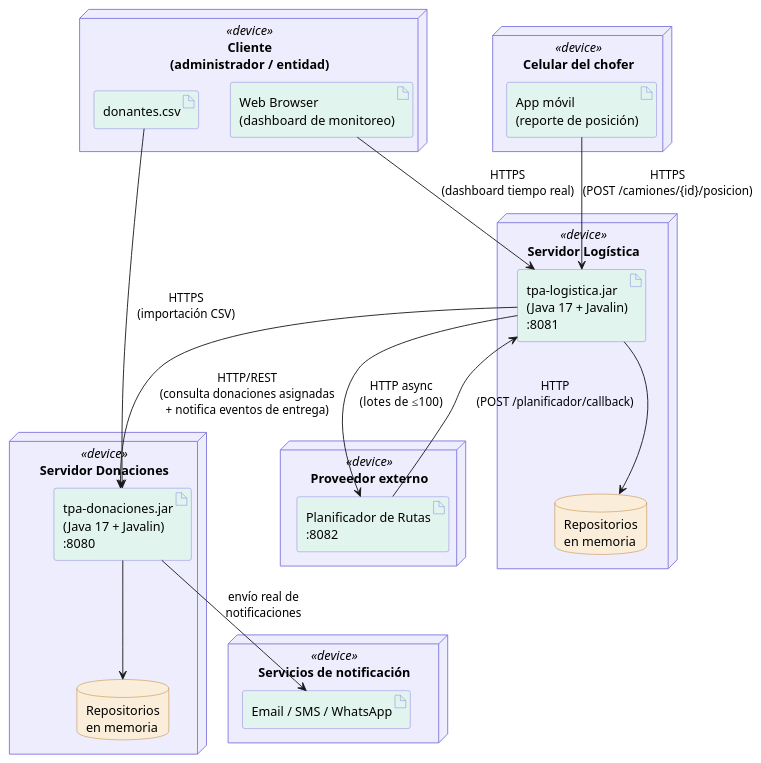
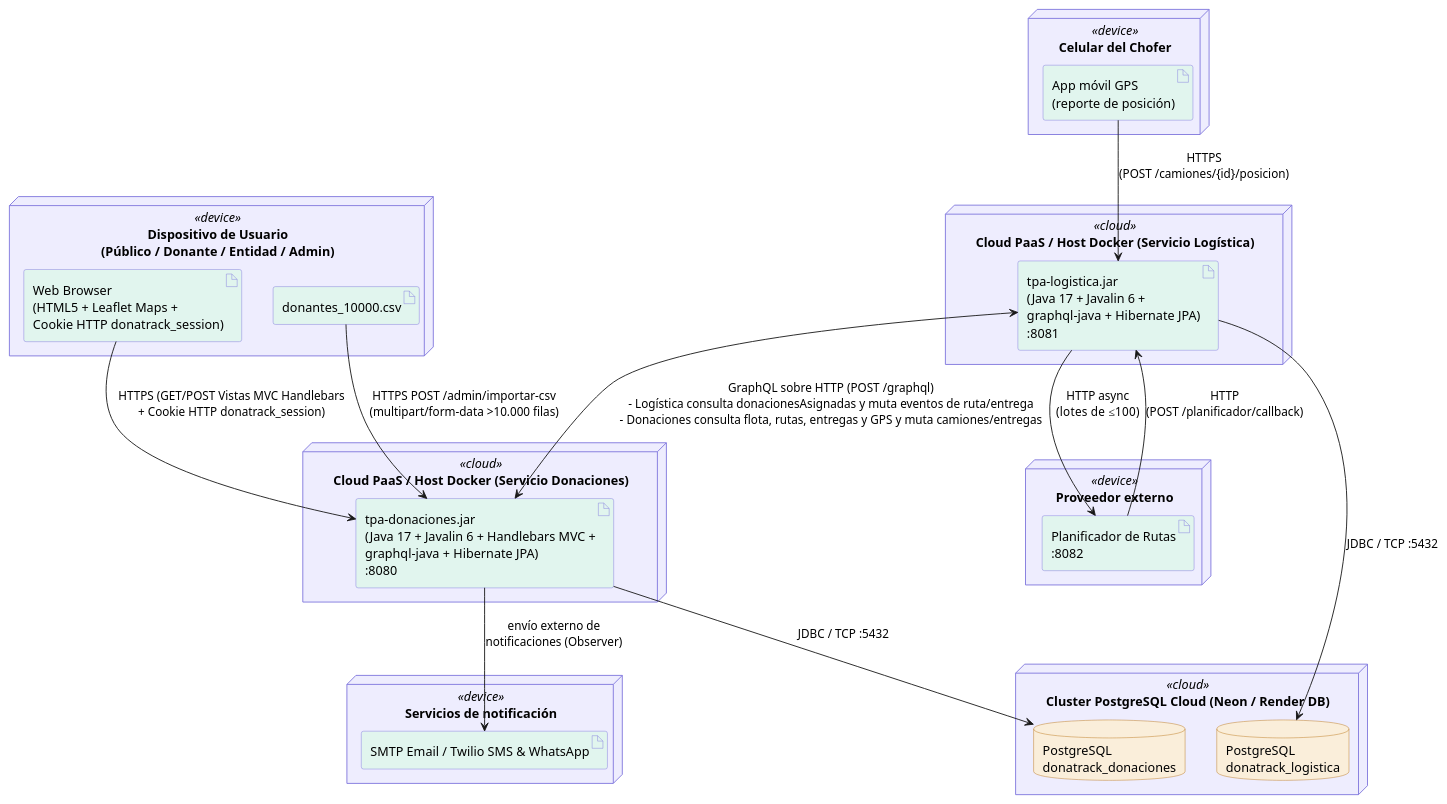
One commit to ConstanzaSerra/tpa-entrega-1 changed the diagram in docs/diagrama-despliegue.puml. Above: the diagram before and after it, drawn with PlantUML. The commit also changed 64 other files, not shown here.

```diff
--- a/docs/diagrama-despliegue.puml
+++ b/docs/diagrama-despliegue.puml
@@ -1,75 +1,79 @@
 @startuml DonaTrack_Despliegue
 
-' Diagrama de despliegue - TPA2 DonaTrack
-' Refleja la division en DOS microservicios independientes (enunciado TPA2:
-' "se solicita que se divida al sistema en, inicialmente, dos microservicios",
-' integracion via HTTP/REST). Cada servidor corre un proyecto Maven autocontenido.
+' Diagrama de despliegue - TPA4 DonaTrack (Presentación, GraphQL y Despliegue Cloud)
+' Refleja:
+' 1. Cliente Liviano MVC con motor de plantillas Handlebars y Cookies HTTP en Donaciones (:8080)
+' 2. Reemplazo de HTTP/REST por GraphQL (POST /graphql) para la integración entre Donaciones y Logística
+' 3. Persistencia relacional PostgreSQL independiente por microservicio (Database-per-Service)
+' 4. Despliegue en contenedores Docker / PaaS Cloud (Render / Railway + Neon PostgreSQL)
 
 skinparam backgroundColor #FFFFFF
 skinparam node {
  BackgroundColor #EEEDFE
  BorderColor #7F77DD
  FontColor #000000
 }
 skinparam artifact {
  BackgroundColor #E1F5EE
  BorderColor #7F77DD
  FontColor #000000
 }
 skinparam database {
  BackgroundColor #FAEEDA
  BorderColor #BA7517
  FontColor #000000
 }
 skinparam note {
  BackgroundColor #FFF9E6
  BorderColor #BA7517
 }
 
 ' --- Actores / dispositivos externos ---
-node "Cliente\n(administrador / entidad)" <<device>> {
- artifact "Web Browser\n(dashboard de monitoreo)" as browser
- artifact "donantes.csv" as csv
+node "Dispositivo de Usuario\n(Público / Donante / Entidad / Admin)" <<device>> {
+ artifact "Web Browser\n(HTML5 + Leaflet Maps +\nCookie HTTP donatrack_session)" as browser
+ artifact "donantes_10000.csv" as csv
 }
 
-node "Celular del chofer" <<device>> {
- artifact "App móvil\n(reporte de posición)" as appMovil
+node "Celular del Chofer" <<device>> {
+ artifact "App móvil GPS\n(reporte de posición)" as appMovil
 }
 
-' --- Microservicio 1 ---
-node "Servidor Donaciones" <<device>> {
- artifact "tpa-donaciones.jar\n(Java 17 + Javalin)\n:8080" as donaciones
- database "Repositorios\nen memoria" as dbDonaciones
+' --- Nube / Entorno Contenerizado (Render / Railway / Docker) ---
+node "Cloud PaaS / Host Docker (Servicio Donaciones)" <<cloud>> {
+ artifact "tpa-donaciones.jar\n(Java 17 + Javalin 6 + Handlebars MVC +\ngraphql-java + Hibernate JPA)\n:8080" as donaciones
 }
 
-' --- Microservicio 2 ---
-node "Servidor Logística" <<device>> {
- artifact "tpa-logistica.jar\n(Java 17 + Javalin)\n:8081" as logistica
- database "Repositorios\nen memoria" as dbLogistica
+node "Cloud PaaS / Host Docker (Servicio Logística)" <<cloud>> {
+ artifact "tpa-logistica.jar\n(Java 17 + Javalin 6 +\ngraphql-java + Hibernate JPA)\n:8081" as logistica
+}
+
+node "Cluster PostgreSQL Cloud (Neon / Render DB)" <<cloud>> {
+ database "PostgreSQL\ndonatrack_donaciones" as dbDonaciones
+ database "PostgreSQL\ndonatrack_logistica" as dbLogistica
 }
 
 ' --- Terceros ---
 node "Proveedor externo" <<device>> {
  artifact "Planificador de Rutas\n:8082" as planificador
 }
 
 node "Servicios de notificación" <<device>> {
- artifact "Email / SMS / WhatsApp" as canales
+ artifact "SMTP Email / Twilio SMS & WhatsApp" as canales
 }
 
-
 ' --- Conexiones ---
-csv      --> donaciones  : HTTPS\n(importación CSV)
-browser  --> logistica   : HTTPS\n(dashboard tiempo real)
+browser  --> donaciones  : HTTPS (GET/POST Vistas MVC Handlebars\n+ Cookie HTTP donatrack_session)
+csv      --> donaciones  : HTTPS POST /admin/importar-csv\n(multipart/form-data >10.000 filas)
 appMovil --> logistica   : HTTPS\n(POST /camiones/{id}/posicion)
 
-logistica --> donaciones  : HTTP/REST\n(consulta donaciones asignadas\n+ notifica eventos de entrega)
+logistica <--> donaciones : GraphQL sobre HTTP (POST /graphql)\n- Logística consulta donacionesAsignadas y muta eventos de ruta/entrega\n- Donaciones consulta flota, rutas, entregas y GPS y muta camiones/entregas
+
 logistica --> planificador : HTTP async\n(lotes de ≤100)
 planificador --> logistica : HTTP\n(POST /planificador/callback)
 
-donaciones --> canales : envío real de\nnotificaciones
+donaciones --> canales : envío externo de\nnotificaciones (Observer)
 
-donaciones --> dbDonaciones
-logistica  --> dbLogistica
+donaciones --> dbDonaciones : JDBC / TCP :5432
+logistica  --> dbLogistica  : JDBC / TCP :5432
 
 @enduml
```
